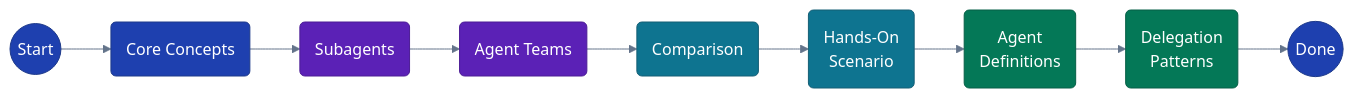
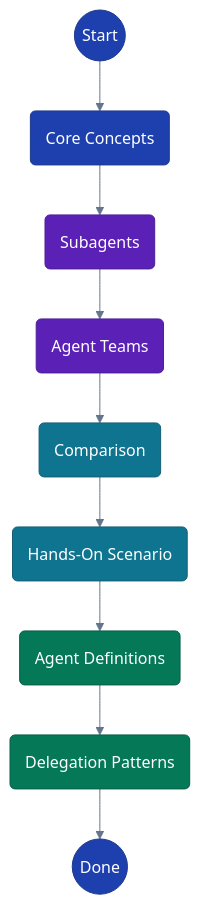
The first of 14 diagrams in README.md (mxcoppell/cc-agent-team), drawn with Mermaid before and after one commit. The commit also changed other lines of this file, not shown here.

Commit message:
Switch all mermaid diagrams from LR to TD flow

````diff
--- a/README.md
+++ b/README.md
@@ -275,32 +275,32 @@
 ```mermaid
 %%{init: {
   'theme': 'base',
   'themeVariables': {
     'primaryColor': '#1e40af',
     'primaryTextColor': '#ffffff',
     'primaryBorderColor': '#1e3a8a',
     'lineColor': '#64748b',
     'clusterBkg': '#1e293b',
     'clusterBorder': '#475569',
     'tertiaryColor': '#334155',
     'tertiaryTextColor': '#f8fafc'
   }
 }}%%
-flowchart LR
+flowchart TD
     classDef primary fill:#1e40af,stroke:#1e3a8a,stroke-width:1px,color:#ffffff,rx:5,ry:5
     classDef secondary fill:#5b21b6,stroke:#4c1d95,stroke-width:1px,color:#ffffff,rx:5,ry:5
     classDef success fill:#047857,stroke:#065f46,stroke-width:1px,color:#ffffff,rx:5,ry:5
     classDef accent fill:#0e7490,stroke:#155e75,stroke-width:1px,color:#ffffff,rx:5,ry:5
 
     A((Start)):::primary
     B(Core Concepts):::primary
     C(Subagents):::secondary
     D(Agent Teams):::secondary
     E(Comparison):::accent
-    F(Hands-On<br/>Scenario):::accent
-    G(Agent<br/>Definitions):::success
-    H(Delegation<br/>Patterns):::success
+    F(Hands-On Scenario):::accent
+    G(Agent Definitions):::success
+    H(Delegation Patterns):::success
     I((Done)):::primary
 
     A --> B --> C --> D --> E --> F --> G --> H --> I
 ```
````
